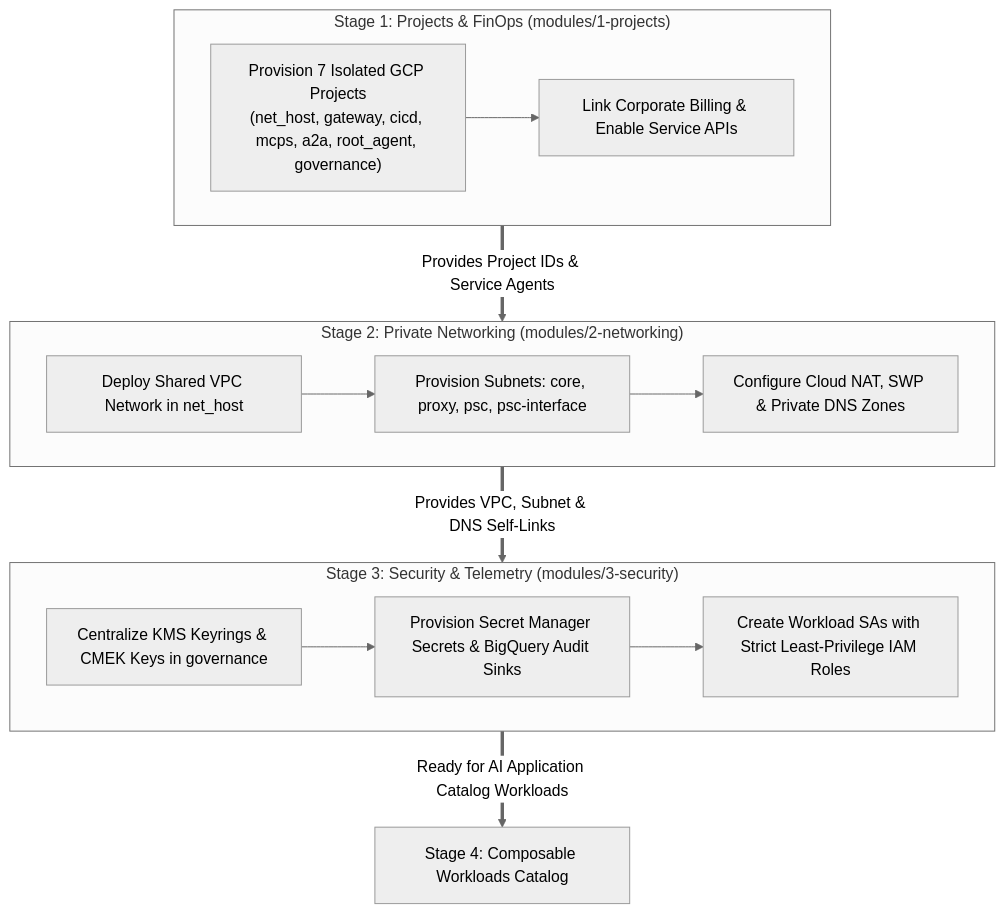
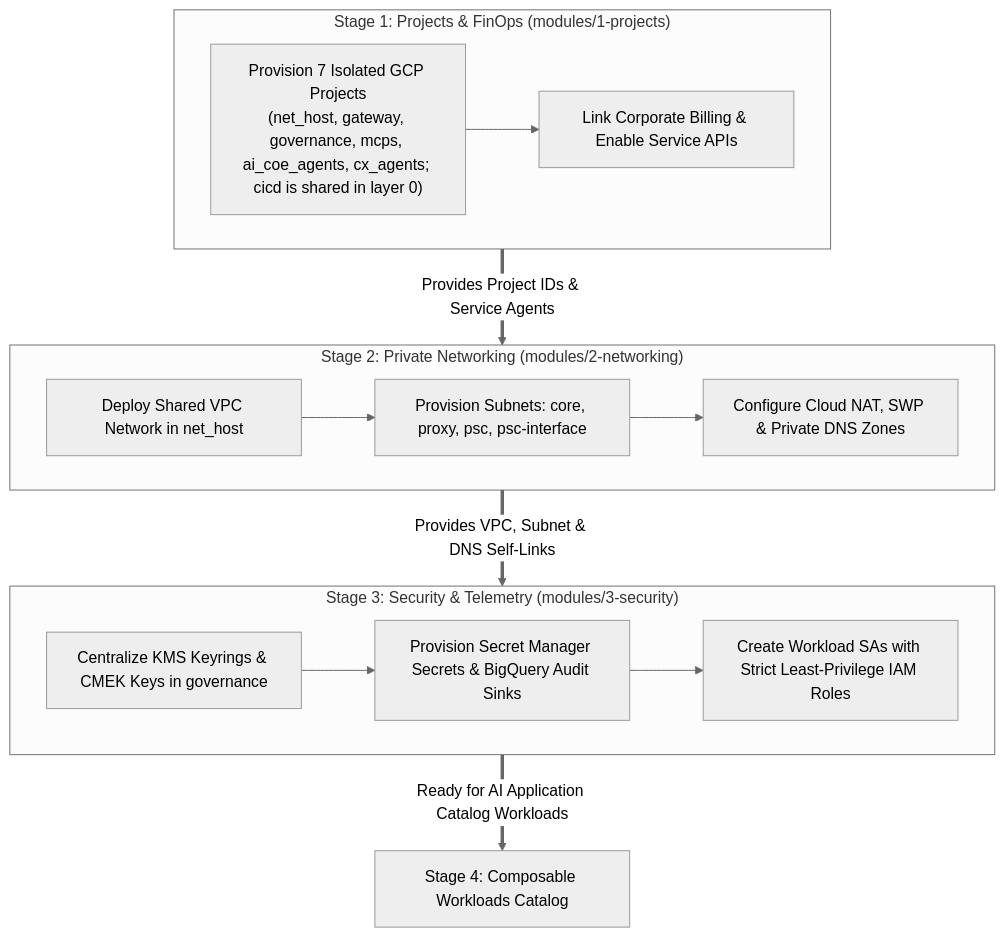
Before and after one commit to google/esmeralda: the diagram in docs/1-platform-foundations/README.md, drawn with Mermaid (neutral theme). The commit also changed other lines of this file and 184 other files, not shown here.

First line of the commit message:
refactor: name agents and agent projects after their owning team

````diff
--- a/docs/1-platform-foundations/README.md
+++ b/docs/1-platform-foundations/README.md
@@ -42,26 +42,26 @@
 ```mermaid
 flowchart TD
     subgraph Stage1["Stage 1: Projects & FinOps (modules/1-projects)"]
-        P1["Provision 7 Isolated GCP Projects<br/>(net_host, gateway, cicd, mcps, a2a, root_agent, governance)"]
+        P1["Provision 7 Isolated GCP Projects<br/>(net_host, gateway, governance, mcps, ai_coe_agents, cx_agents; cicd is shared in layer 0)"]
         P2["Link Corporate Billing & Enable Service APIs"]
         P1 --> P2
     end
 
     subgraph Stage2["Stage 2: Private Networking (modules/2-networking)"]
         N1["Deploy Shared VPC Network in net_host"]
         N2["Provision Subnets: core, proxy, psc, psc-interface"]
         N3["Configure Cloud NAT, SWP & Private DNS Zones"]
         N1 --> N2 --> N3
     end
 
     subgraph Stage3["Stage 3: Security & Telemetry (modules/3-security)"]
         S1["Centralize KMS Keyrings & CMEK Keys in governance"]
         S2["Provision Secret Manager Secrets & BigQuery Audit Sinks"]
         S3["Create Workload SAs with Strict Least-Privilege IAM Roles"]
         S1 --> S2 --> S3
     end
 
     Stage1 ==>|Provides Project IDs & Service Agents| Stage2
     Stage2 ==>|Provides VPC, Subnet & DNS Self-Links| Stage3
     Stage3 ==>|Ready for AI Application Catalog Workloads| Catalog["Stage 4: Composable Workloads Catalog"]
 ```
````
